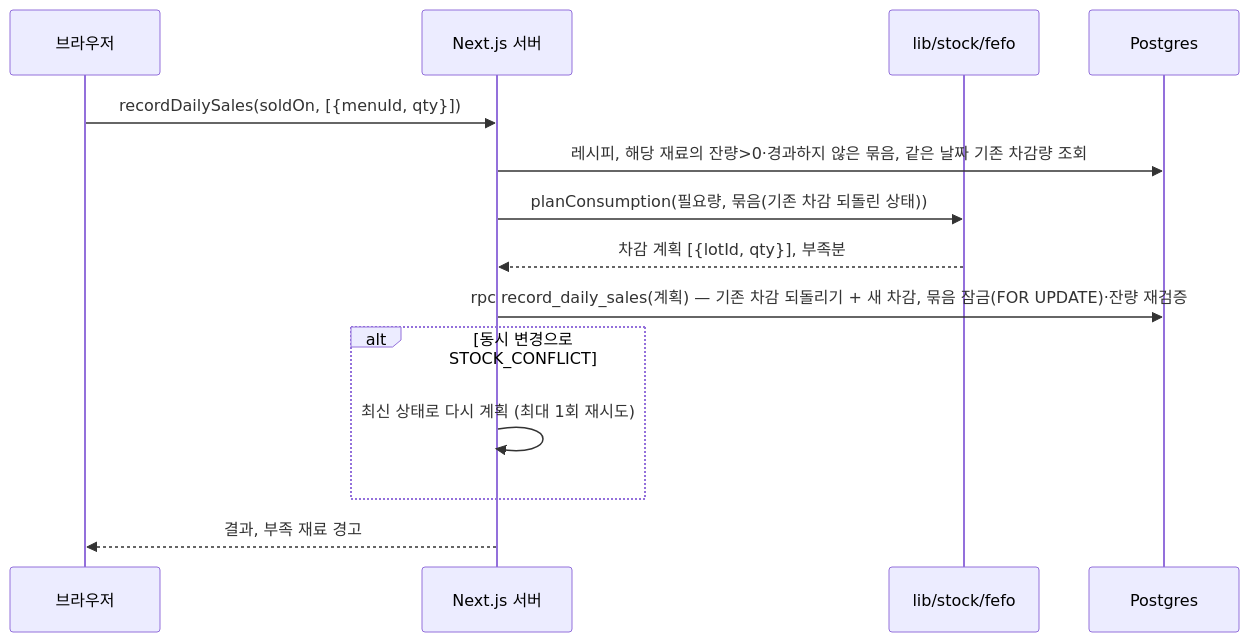
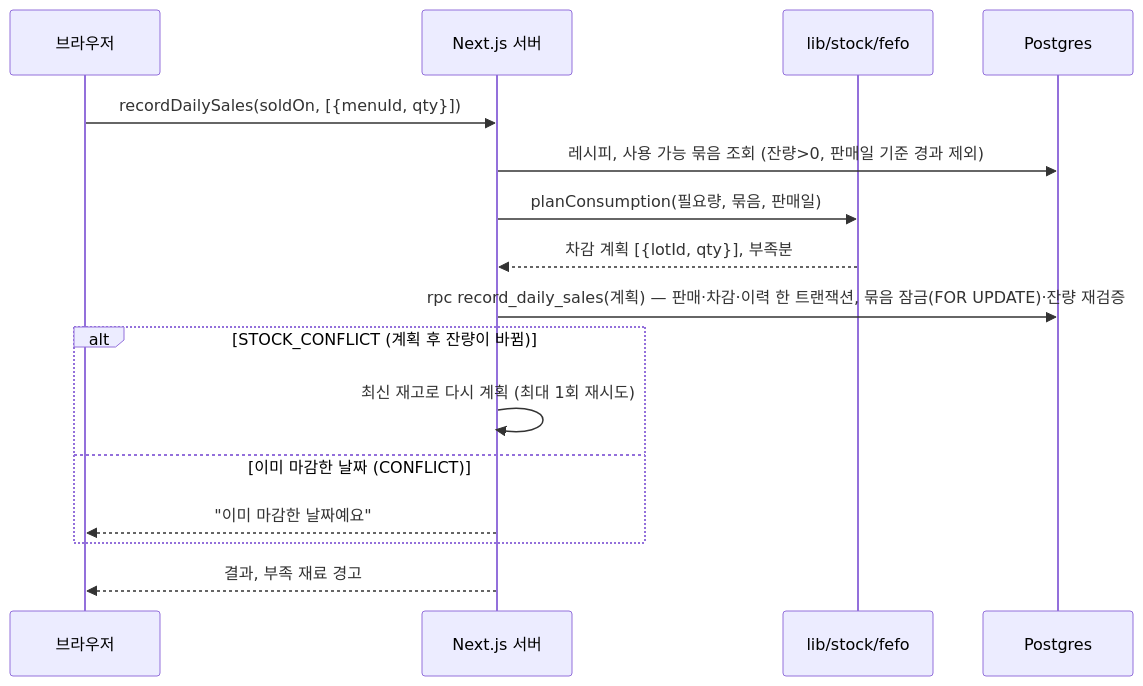
Before and after one commit to semicolon213/infood: the third of 12 diagrams in docs/06_ARCHITECTURE.md, drawn with Mermaid. The commit also changed other lines of this file and 4 other files, not shown here.

````diff
--- a/docs/06_ARCHITECTURE.md
+++ b/docs/06_ARCHITECTURE.md
@@ -171,17 +171,19 @@
 ```mermaid
 sequenceDiagram
     participant C as 브라우저
     participant S as Next.js 서버
     participant D as lib/stock/fefo
     participant DB as Postgres
 
     C->>S: recordDailySales(soldOn, [{menuId, qty}])
-    S->>DB: 레시피, 해당 재료의 잔량>0·경과하지 않은 묶음, 같은 날짜 기존 차감량 조회
-    S->>D: planConsumption(필요량, 묶음(기존 차감 되돌린 상태))
+    S->>DB: 레시피, 사용 가능 묶음 조회 (잔량>0, 판매일 기준 경과 제외)
+    S->>D: planConsumption(필요량, 묶음, 판매일)
     D-->>S: 차감 계획 [{lotId, qty}], 부족분
-    S->>DB: rpc record_daily_sales(계획) — 기존 차감 되돌리기 + 새 차감, 묶음 잠금(FOR UPDATE)·잔량 재검증
-    alt 동시 변경으로 STOCK_CONFLICT
-        S->>S: 최신 상태로 다시 계획 (최대 1회 재시도)
+    S->>DB: rpc record_daily_sales(계획) — 판매·차감·이력 한 트랜잭션, 묶음 잠금(FOR UPDATE)·잔량 재검증
+    alt STOCK_CONFLICT (계획 후 잔량이 바뀜)
+        S->>S: 최신 재고로 다시 계획 (최대 1회 재시도)
+    else 이미 마감한 날짜 (CONFLICT)
+        S-->>C: "이미 마감한 날짜예요"
     end
     S-->>C: 결과, 부족 재료 경고
 ```
````
